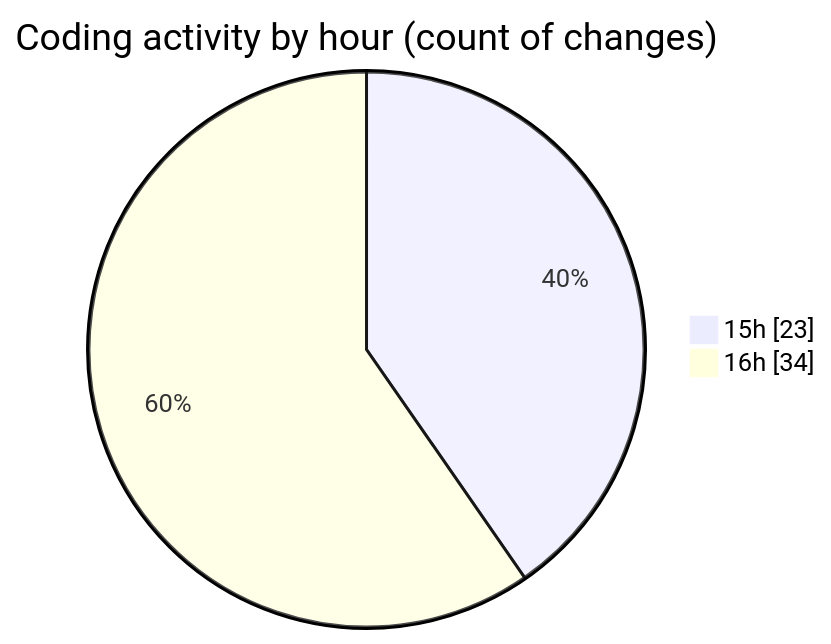
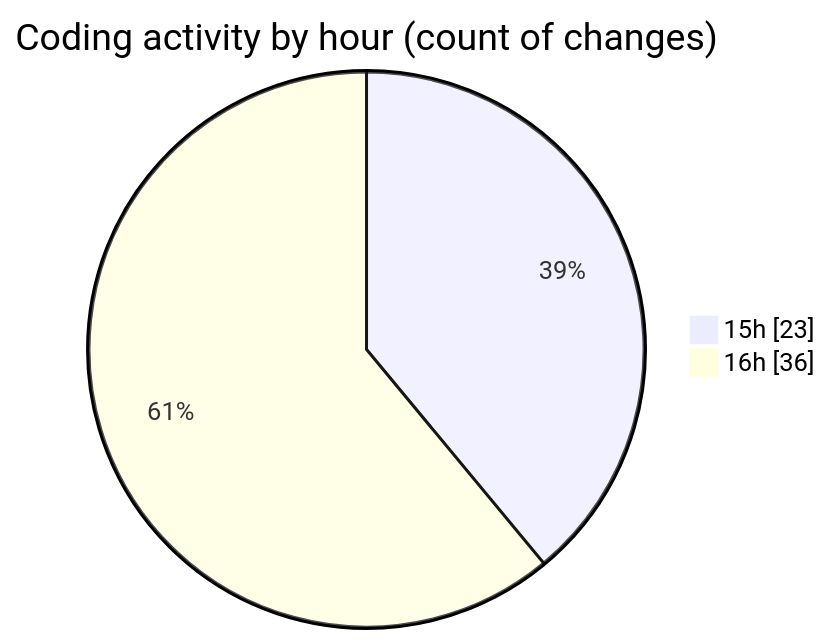
One commit to Netris89/code-tracking changed the second of 2 diagrams in 2025-04-01/back-end/README.md. Above: the diagram before and after it, drawn with Mermaid. The commit also changed other lines of this file and 1 other file, not shown here.

````diff
--- a/2025-04-01/back-end/README.md
+++ b/2025-04-01/back-end/README.md
@@ -31,6 +31,6 @@
 ```mermaid
 pie showData
 title Coding activity by hour (count of changes)
 "15h" : 23
-"16h" : 34
+"16h" : 36
 ```
````
